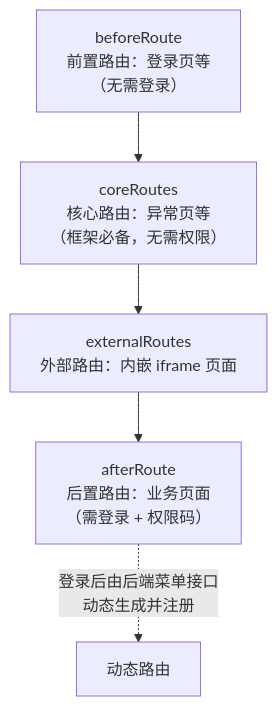
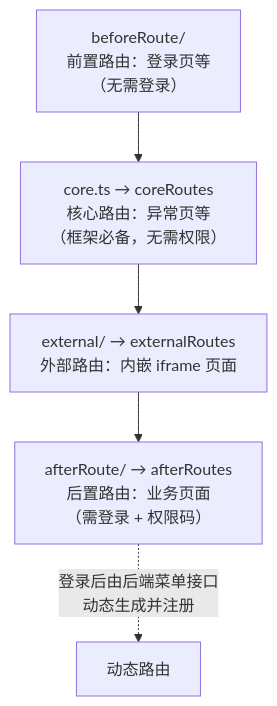
The diagram in src/doc/front/项目结构.md (henhen6/mdp-docs), drawn with Mermaid before and after one commit. The commit also changed other lines of this file and 9 other files, not shown here.

````diff
--- a/src/doc/front/项目结构.md
+++ b/src/doc/front/项目结构.md
@@ -92,7 +90,7 @@
 ```mermaid
 flowchart TD
-    A["beforeRoute<br/>前置路由：登录页等<br/>（无需登录）"] --> B["coreRoutes<br/>核心路由：异常页等<br/>（框架必备，无需权限）"]
-    B --> C["externalRoutes<br/>外部路由：内嵌 iframe 页面"]
-    C --> D["afterRoute<br/>后置路由：业务页面<br/>（需登录 + 权限码）"]
+    A["beforeRoute/<br/>前置路由：登录页等<br/>（无需登录）"] --> B["core.ts → coreRoutes<br/>核心路由：异常页等<br/>（框架必备，无需权限）"]
+    B --> C["external/ → externalRoutes<br/>外部路由：内嵌 iframe 页面"]
+    C --> D["afterRoute/ → afterRoutes<br/>后置路由：业务页面<br/>（需登录 + 权限码）"]
     D -.->|"登录后由后端菜单接口<br/>动态生成并注册"| E["动态路由"]
 ```
````
